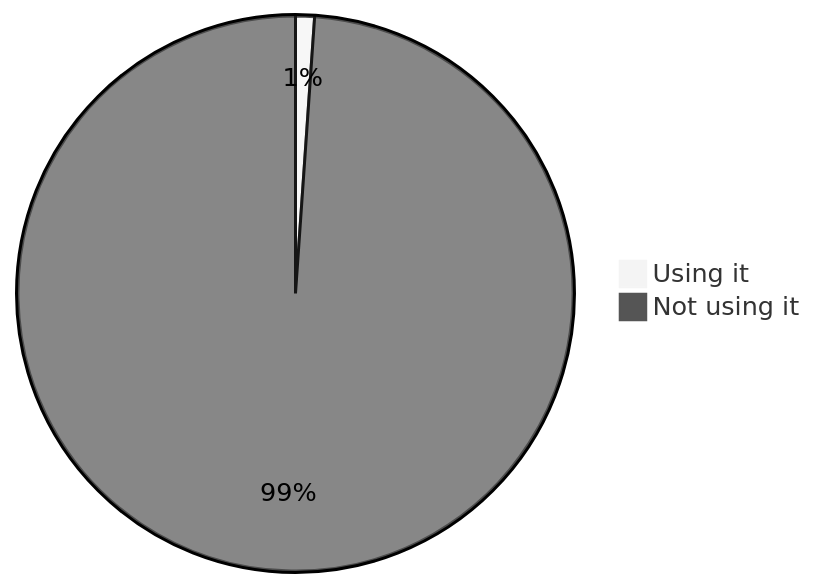
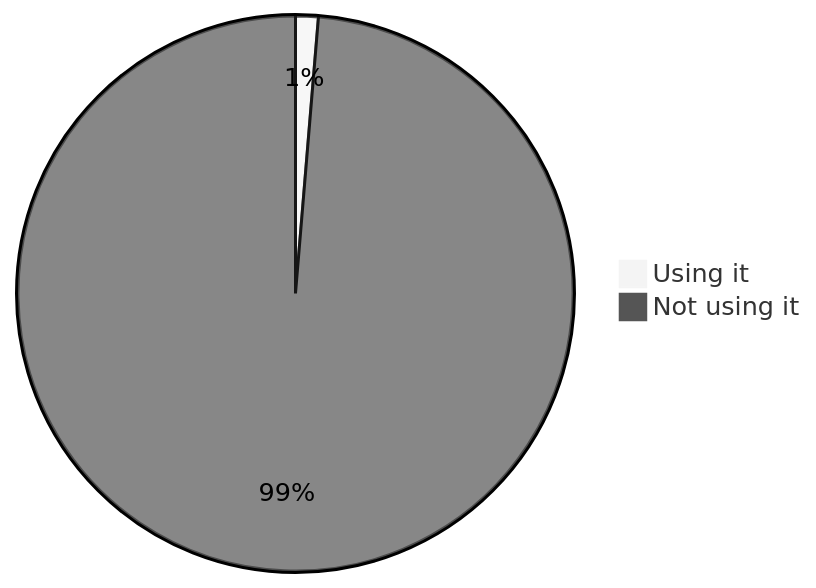
Before and after one commit to oshp/oshp-stats: the fifth of 22 diagrams in stats.md, drawn with Mermaid (neutral theme). The commit also changed other lines of this file, not shown here.

````diff
--- a/stats.md
+++ b/stats.md
@@ -58,6 +58,6 @@
 ```mermaid
 pie
-	"Using it" : 1.1
-	"Not using it" : 98.9
+	"Using it" : 1.32
+	"Not using it" : 98.68
 
 ```
````
